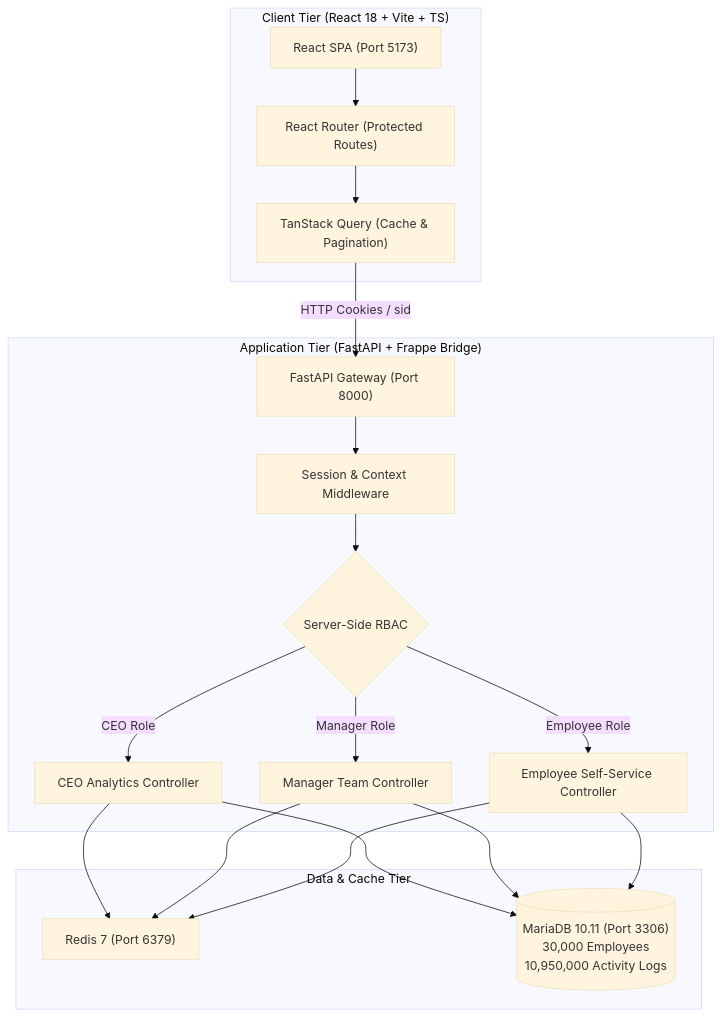
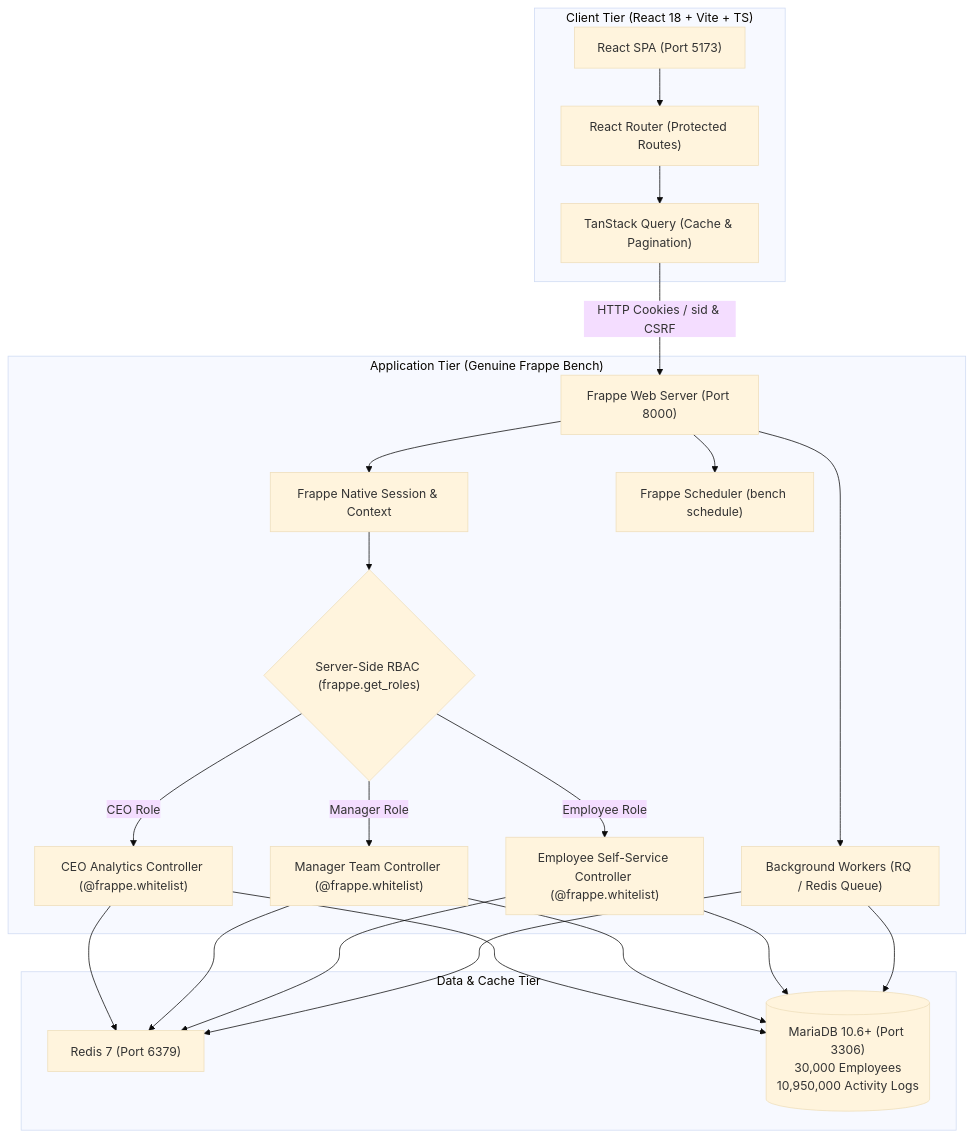
One commit to prrranay/employee-360 changed the first of 3 diagrams in README.md. Above: the diagram before and after it, drawn with Mermaid (base theme). The commit also changed other lines of this file and 29 other files, not shown here.

Commit message:
refactor: migrate application from simulated compatibility layer to genuine Frappe framework

````diff
--- a/README.md
+++ b/README.md
@@ -57,22 +57,24 @@
 ```mermaid
 flowchart TD
     subgraph "Client Tier (React 18 + Vite + TS)"
         UI["React SPA (Port 5173)"]
         UI --> ROUTER["React Router (Protected Routes)"]
         ROUTER --> TQ["TanStack Query (Cache & Pagination)"]
     end
 
-    subgraph "Application Tier (FastAPI + Frappe Bridge)"
-        TQ -->|HTTP Cookies / sid| API["FastAPI Gateway (Port 8000)"]
-        API --> SESS["Session & Context Middleware"]
-        SESS --> RBAC{"Server-Side RBAC"}
-        RBAC -->|CEO Role| CEO_API["CEO Analytics Controller"]
-        RBAC -->|Manager Role| MGR_API["Manager Team Controller"]
-        RBAC -->|Employee Role| EMP_API["Employee Self-Service Controller"]
+    subgraph "Application Tier (Genuine Frappe Bench)"
+        TQ -->|HTTP Cookies / sid & CSRF| API["Frappe Web Server (Port 8000)"]
+        API --> SESS["Frappe Native Session & Context"]
+        SESS --> RBAC{"Server-Side RBAC (frappe.get_roles)"}
+        RBAC -->|CEO Role| CEO_API["CEO Analytics Controller (@frappe.whitelist)"]
+        RBAC -->|Manager Role| MGR_API["Manager Team Controller (@frappe.whitelist)"]
+        RBAC -->|Employee Role| EMP_API["Employee Self-Service Controller (@frappe.whitelist)"]
+        API --> WORKER["Background Workers (RQ / Redis Queue)"]
+        API --> SCHED["Frappe Scheduler (bench schedule)"]
     end
 
     subgraph "Data & Cache Tier"
-        CEO_API & MGR_API & EMP_API --> CACHE["Redis 7 (Port 6379)"]
-        CEO_API & MGR_API & EMP_API --> DB[("MariaDB 10.11 (Port 3306)\n30,000 Employees\n10,950,000 Activity Logs")]
+        CEO_API & MGR_API & EMP_API & WORKER --> CACHE["Redis 7 (Port 6379)"]
+        CEO_API & MGR_API & EMP_API & WORKER --> DB[("MariaDB 10.6+ (Port 3306)\n30,000 Employees\n10,950,000 Activity Logs")]
     end
 ```
````
